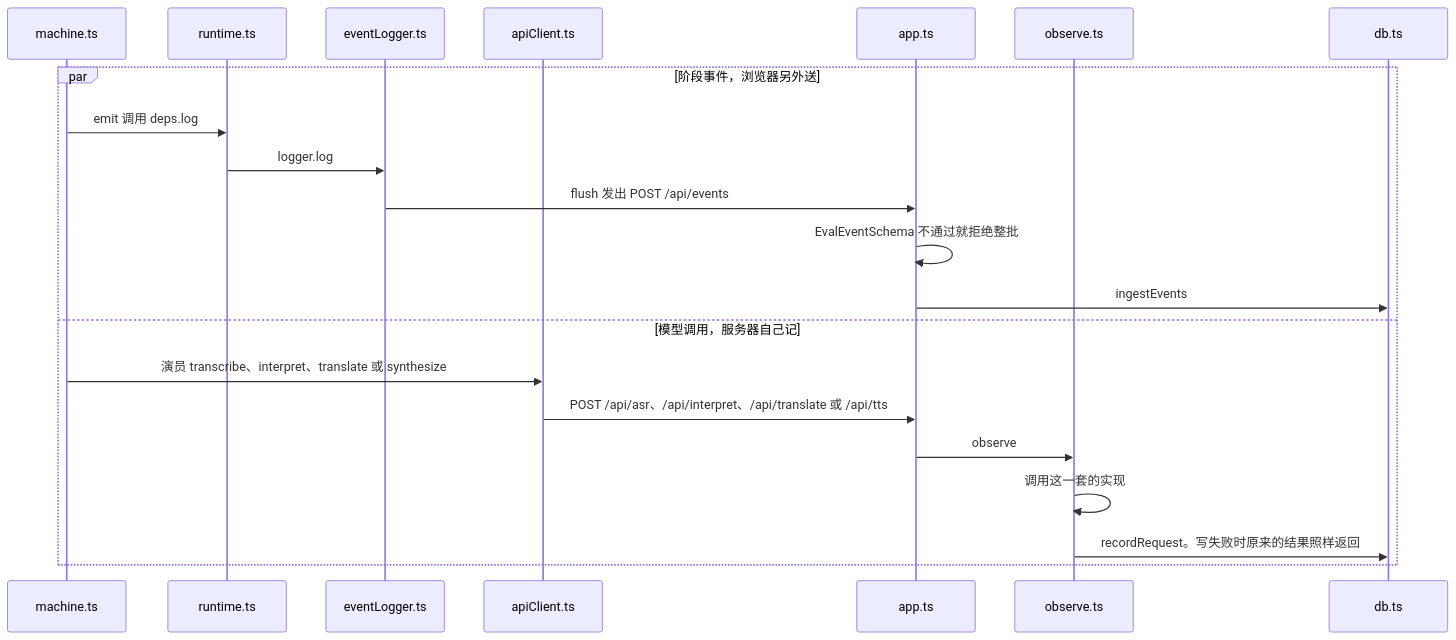
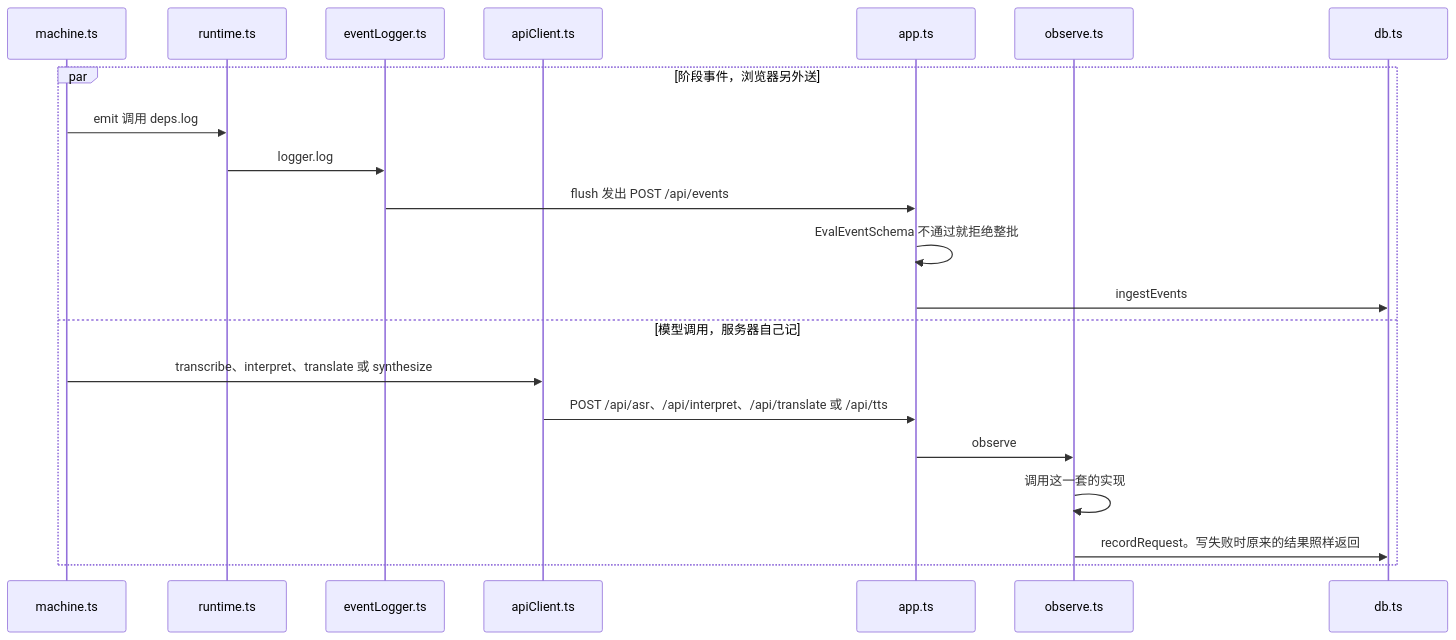
One commit to SeanSha/LillaTolken changed the first of 2 diagrams in docs/01-zh/09-代码详解/功能/08-这一轮怎么出现在监控里.md. Above: the diagram before and after it, drawn with Mermaid. The commit also changed 5 other files, not shown here.

````diff
--- a/docs/01-zh/09-代码详解/功能/08-这一轮怎么出现在监控里.md
+++ b/docs/01-zh/09-代码详解/功能/08-这一轮怎么出现在监控里.md
@@ -9,24 +9,24 @@
 ```mermaid
 sequenceDiagram
   participant M as machine.ts
   participant RT as runtime.ts
   participant EL as eventLogger.ts
   participant API as apiClient.ts
   participant SV as app.ts
   participant OB as observe.ts
   participant DB as db.ts
 
   par 阶段事件，浏览器另外送
     M->>RT: emit 调用 deps.log
     RT->>EL: logger.log
     EL->>SV: flush 发出 POST /api/events
     SV->>SV: EvalEventSchema 不通过就拒绝整批
     SV->>DB: ingestEvents
   and 模型调用，服务器自己记
-    M->>API: 演员 transcribe、interpret、translate 或 synthesize
+    M->>API: transcribe、interpret、translate 或 synthesize
     API->>SV: POST /api/asr、/api/interpret、/api/translate 或 /api/tts
     SV->>OB: observe
     OB->>OB: 调用这一套的实现
     OB->>DB: recordRequest。写失败时原来的结果照样返回
   end
 ```
````
